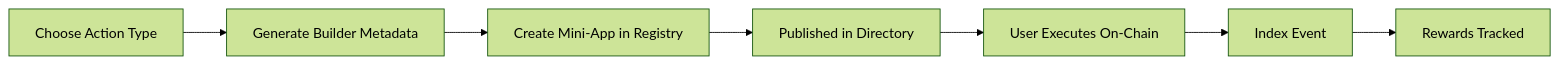
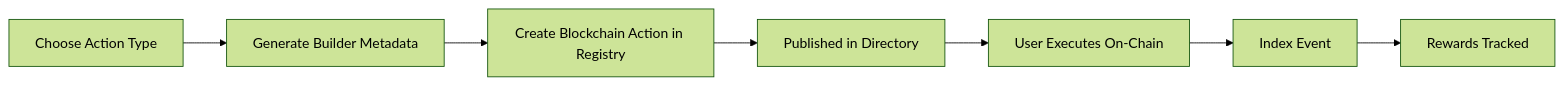
One commit to SherryLabs/docs changed the diagram in action/overview.mdx. Above: the diagram before and after it, drawn with Mermaid (forest theme). The commit also changed other lines of this file and 12 other files, not shown here.

First line of the commit message:
docs: rename mini-app to blockchain action, broaden platform language

````diff
--- a/action/overview.mdx
+++ b/action/overview.mdx
@@ -74,9 +74,9 @@
 ```mermaid
 graph LR
     A[Choose Action Type] --> B[Generate Builder Metadata]
-    B --> C[Create Mini-App in Registry]
+    B --> C[Create Blockchain Action in Registry]
     C --> D[Published in Directory]
     D --> E[User Executes On-Chain]
     E --> F[Index Event]
     F --> G[Rewards Tracked]
 ```
````
